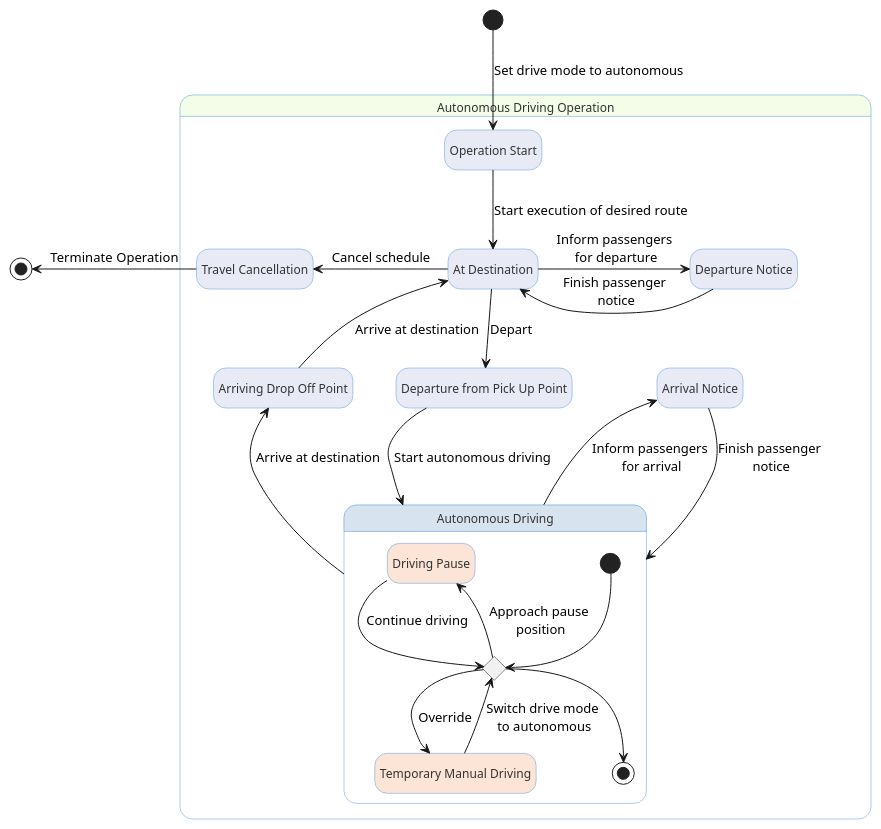
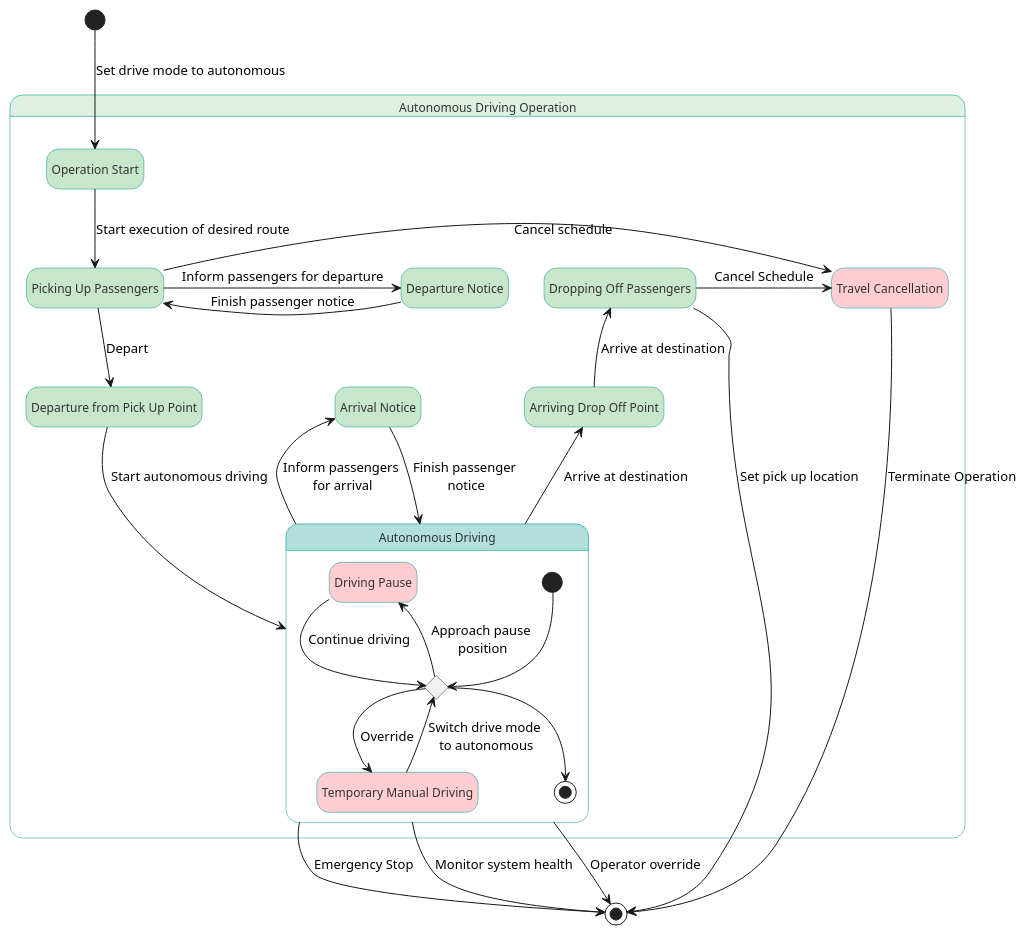
Before and after one commit to leo-drive/reference_design_diagrams: the diagram in robotaxi/service_features/overview/autonomous_driving_operation.wsd, drawn with PlantUML.

Commit message:
add missing transitions

```diff
--- a/robotaxi/service_features/overview/autonomous_driving_operation.wsd
+++ b/robotaxi/service_features/overview/autonomous_driving_operation.wsd
@@ -1,58 +1,56 @@
 @startuml
 hide empty description
 skinparam backgroundColor #FFFFFF
 skinparam state {
-  BackgroundColor #F3FDE8
-  BorderColor #5B9BD5
+  BackgroundColor #DDF0E1
+  BorderColor #009688
   FontSize 12
   FontColor #333333
 }
 
 /' Define states in the Autonomous Driving Operation '/
 state "Autonomous Driving Operation" as AutonomousDrivingOperation {
 
-     state "Arriving Drop Off Point" as ArrivingDropOffPoint #E8EAF6
-     state "Operation Start" as OperationStart #E8EAF6
-     state "Travel Cancellation" as TravelCancellation #E8EAF6
-     state "At Destination" as AtDestination #E8EAF6
-     state "Departure Notice" as DepartureNotice #E8EAF6
-     state "Departure from Pick Up Point" as DepartureFromPickUpPoint #E8EAF6
-     state "Arrival Notice" as ArrivalNotice #E8EAF6
+     state "Arriving Drop Off Point" as ArrivingDropOffPoint #C8E6C9
+     state "Operation Start" as OperationStart #C8E6C9
+     state "Travel Cancellation" as TravelCancellation #FFCDD2
+     state "Picking Up Passengers" as PickingUpPassengers #C8E6C9
+     state "Dropping Off Passengers" as DroppingOffPassengers #C8E6C9
+     state "Departure Notice" as DepartureNotice #C8E6C9
+     state "Departure from Pick Up Point" as DepartureFromPickUpPoint #C8E6C9
+     state "Arrival Notice" as ArrivalNotice #C8E6C9
 
-    state "Autonomous Driving" as AutonomousDriving #D7E4EF {
-    state "Driving Pause" as DrivingPause #FCE4D6
-    state "Temporary Manual Driving" as TemporaryManualDriving #FCE4D6
+    state "Autonomous Driving" as AutonomousDriving #B2DFDB {
+        state "Driving Pause" as DrivingPause #FFCDD2
+        state "Temporary Manual Driving" as TemporaryManualDriving #FFCDD2
 
-    state c <<choice>> 
-    [*] --> c
-    c --> DrivingPause : Approach pause\n position
-    DrivingPause --> c : Continue driving
-    c --> TemporaryManualDriving : Override
-    TemporaryManualDriving --> c : Switch drive mode\n to autonomous
-    c --> [*]
-}
+        state c <<choice>> 
+        [*] --> c
+        c --> DrivingPause : Approach pause\n position
+        DrivingPause --> c : Continue driving
+        c --> TemporaryManualDriving : Override
+        TemporaryManualDriving --> c : Switch drive mode\n to autonomous
+        c --> [*]
+    }
 }
 
-
-
 /' Transitions and flow of operations '/
-/' Start with OperationStart by enabling autonomous mode '/
 [*] -down-> OperationStart : Set drive mode to autonomous
-/' Drive to passenger pickup point via set route by FMS '/
-OperationStart -down-> AtDestination : Start execution of desired route
-/' Before departure, passengers should be notified for upcoming action '/
-AtDestination -right-> DepartureNotice : Inform passengers\n for departure
-DepartureNotice -left-> AtDestination : Finish passenger\n notice
-/' Depart '/
-AtDestination -down-> DepartureFromPickUpPoint : Depart
+OperationStart -down-> PickingUpPassengers : Start execution of desired route
+PickingUpPassengers -right-> DepartureNotice : Inform passengers for departure
+DepartureNotice -left-> PickingUpPassengers : Finish passenger notice
+PickingUpPassengers -down-> DepartureFromPickUpPoint : Depart
 DepartureFromPickUpPoint -down-> AutonomousDriving : Start autonomous driving
-/' Before arrival, passengers should be notified for upcoming action '/
 AutonomousDriving -up-> ArrivalNotice : Inform passengers\n for arrival
 ArrivalNotice -down-> AutonomousDriving : Finish passenger\n notice
-/' Arrival '/
 AutonomousDriving -up-> ArrivingDropOffPoint : Arrive at destination
-ArrivingDropOffPoint -up-> AtDestination : Arrive at destination
-/' If the goal position is wrong or autonomous driving should be cancelled '/
-AtDestination -left-> TravelCancellation : Cancel schedule
+ArrivingDropOffPoint -up-> DroppingOffPassengers : Arrive at destination
+DroppingOffPassengers -left-> [*] : Set pick up location
+DroppingOffPassengers -right-> TravelCancellation : Cancel Schedule
+PickingUpPassengers -left-> TravelCancellation : Cancel schedule
 TravelCancellation -left-> [*] : Terminate Operation
+AutonomousDriving --> [*] : Monitor system health
+AutonomousDriving --> [*] : Operator override
+AutonomousDriving --> [*] : Emergency Stop
+
 @enduml
```
